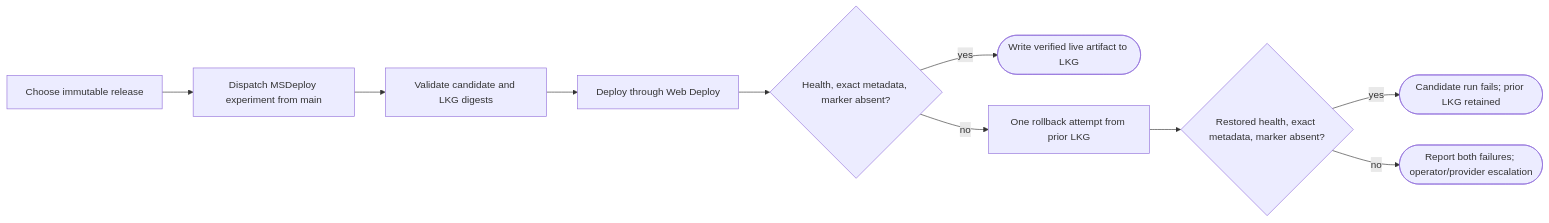
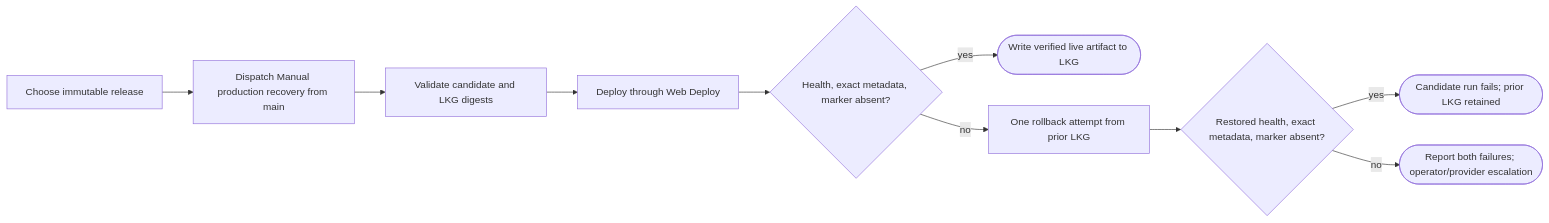
The diagram in docs/rollback-runbook.md (fredrik-hellmangroup/cv-online-presenter), drawn with Mermaid before and after one commit. The commit also changed other lines of this file and 7 other files, not shown here.

Commit message:
Rename manual recovery workflow

````diff
--- a/docs/rollback-runbook.md
+++ b/docs/rollback-runbook.md
@@ -7,12 +7,12 @@
 ```mermaid
 flowchart LR
-    A["Choose immutable release"] --> B["Dispatch MSDeploy experiment from main"]
+    A["Choose immutable release"] --> B["Dispatch Manual production recovery from main"]
     B --> C["Validate candidate and LKG digests"]
     C --> D["Deploy through Web Deploy"]
     D --> E{"Health, exact metadata, marker absent?"}
     E -->|yes| F(["Write verified live artifact to LKG"])
     E -->|no| R["One rollback attempt from prior LKG"]
     R --> V{"Restored health, exact metadata, marker absent?"}
     V -->|yes| X(["Candidate run fails; prior LKG retained"])
     V -->|no| G(["Report both failures; operator/provider escalation"])
 ```
````
